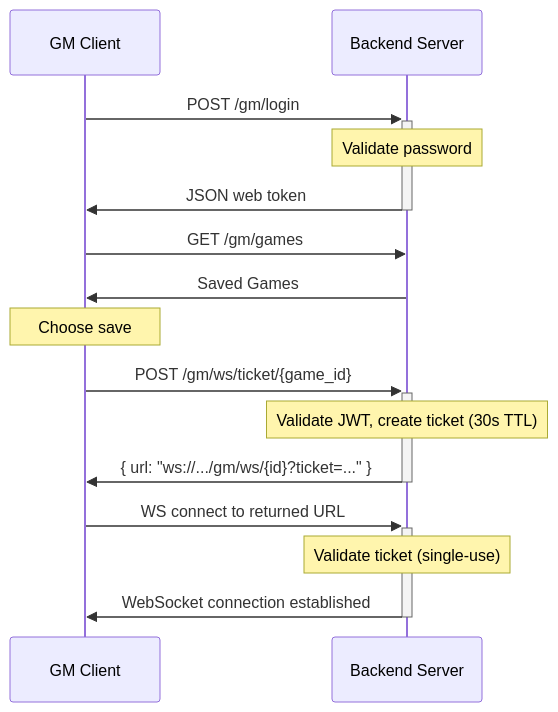
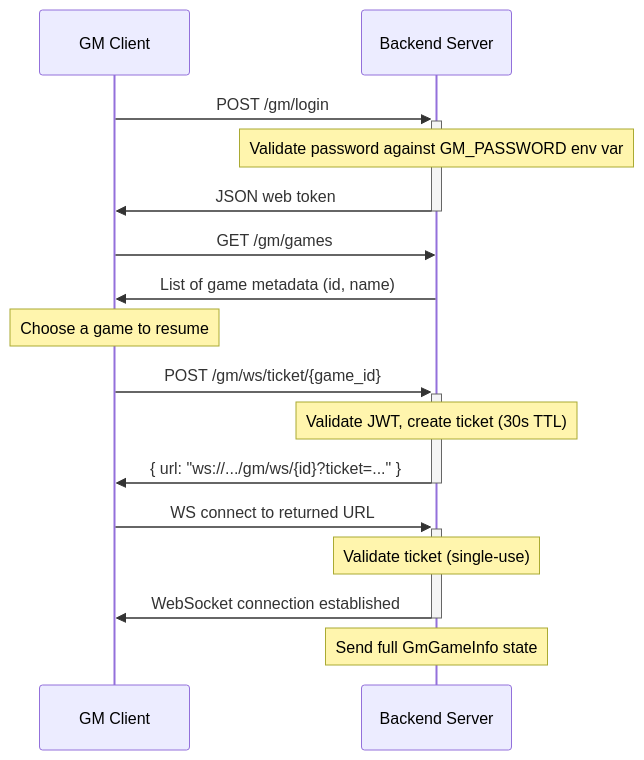
The second of 5 diagrams in docs/ARCHITECTURE.md (jakob-rzeppa/turnkeeper), drawn with Mermaid before and after one commit. The commit also changed other lines of this file and 4 other files, not shown here.

````diff
--- a/docs/ARCHITECTURE.md
+++ b/docs/ARCHITECTURE.md
@@ -35,21 +37,22 @@
 ```mermaid
 sequenceDiagram
     participant GM as GM Client
     participant Backend as Backend Server
 
     GM->>+Backend: POST /gm/login
-    note over Backend: Validate password
+    note over Backend: Validate password against GM_PASSWORD env var
     Backend->>-GM: JSON web token
 
     GM->>Backend: GET /gm/games
-    Backend->>GM: Saved Games
-    note over GM: Choose save
+    Backend->>GM: List of game metadata (id, name)
+    note over GM: Choose a game to resume
 
     GM->>+Backend: POST /gm/ws/ticket/{game_id}
     note over Backend: Validate JWT, create ticket (30s TTL)
     Backend->>-GM: { url: "ws://.../gm/ws/{id}?ticket=..." }
 
     GM->>+Backend: WS connect to returned URL
     note over Backend: Validate ticket (single-use)
     Backend->>-GM: WebSocket connection established
+    note over Backend: Send full GmGameInfo state
 ```
````
